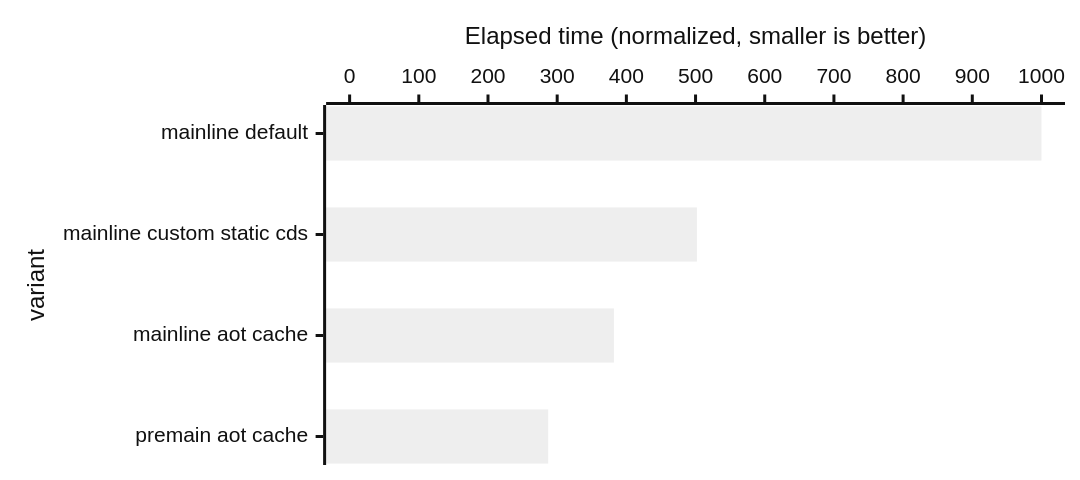
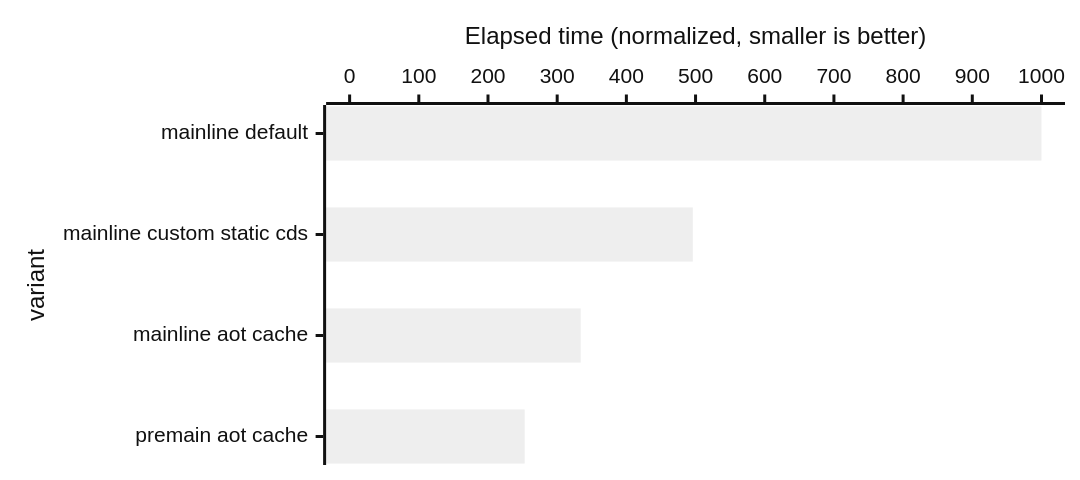
The fourth of 5 diagrams in README.md (openjdk/leyden), drawn with Mermaid (neutral theme) before and after one commit. The commit also changed other lines of this file and 7 other files, not shown here.

````diff
--- a/README.md
+++ b/README.md
@@ -440,12 +440,12 @@
 ```mermaid
 ---
 config:
     xyChart:
         chartOrientation: horizontal
         height: 300
 ---
 xychart-beta
     x-axis "variant" ["mainline default", "mainline custom static cds", "mainline aot cache", "premain aot cache"]
     y-axis "Elapsed time (normalized, smaller is better)" 0 --> 1000
-    bar [1000, 502, 382, 287]
+    bar [1000, 496, 334, 253]
 ```
````
